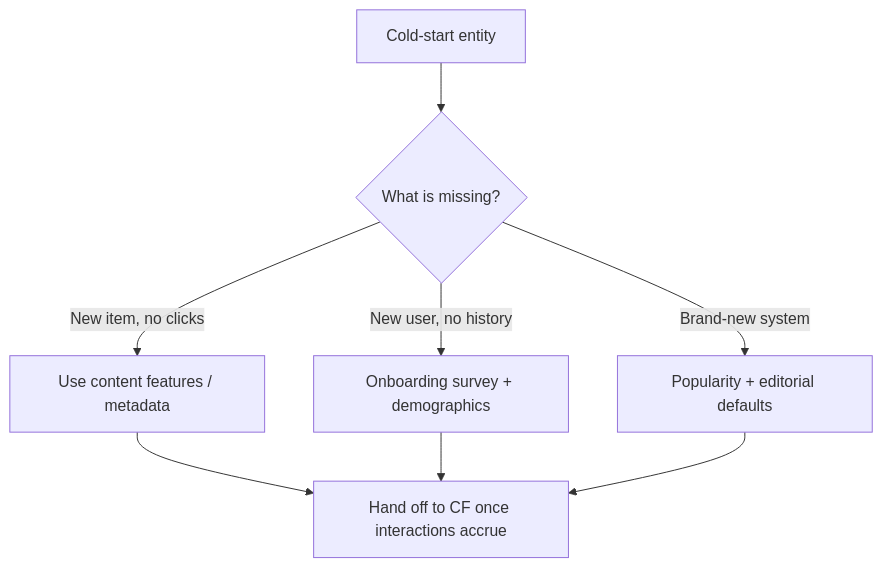
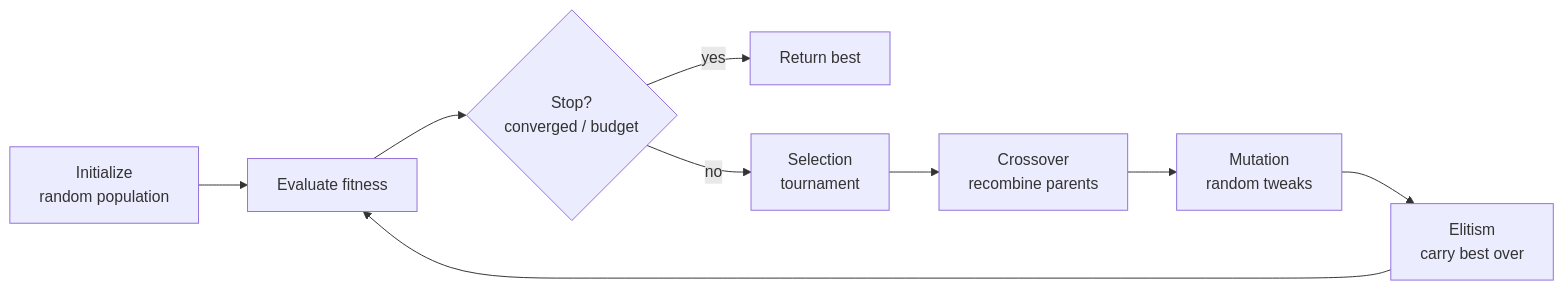
One commit to kader-xai/kader-xai.github.io changed the first of 4 diagrams in ai-ml-encyclopedia/ch35.qmd. Above: the diagram before and after it, drawn with Mermaid. The commit also changed other lines of this file and 47 other files, not shown here.

````diff
--- a/ai-ml-encyclopedia/ch35.qmd
+++ b/ai-ml-encyclopedia/ch35.qmd
@@ -218,10 +119,11 @@
 ```{mermaid}
-flowchart TD
-    A[Cold-start entity] --> B{What is missing?}
-    B -->|New item, no clicks| C[Use content features / metadata]
-    B -->|New user, no history| D[Onboarding survey + demographics]
-    B -->|Brand-new system| E[Popularity + editorial defaults]
-    C --> F[Hand off to CF once interactions accrue]
-    D --> F
-    E --> F
+flowchart LR
+    A[Initialize<br/>random population] --> B[Evaluate fitness]
+    B --> C{Stop?<br/>converged / budget}
+    C -->|yes| Z[Return best]
+    C -->|no| D[Selection<br/>tournament]
+    D --> E[Crossover<br/>recombine parents]
+    E --> F[Mutation<br/>random tweaks]
+    F --> G[Elitism<br/>carry best over]
+    G --> B
 ```
````
